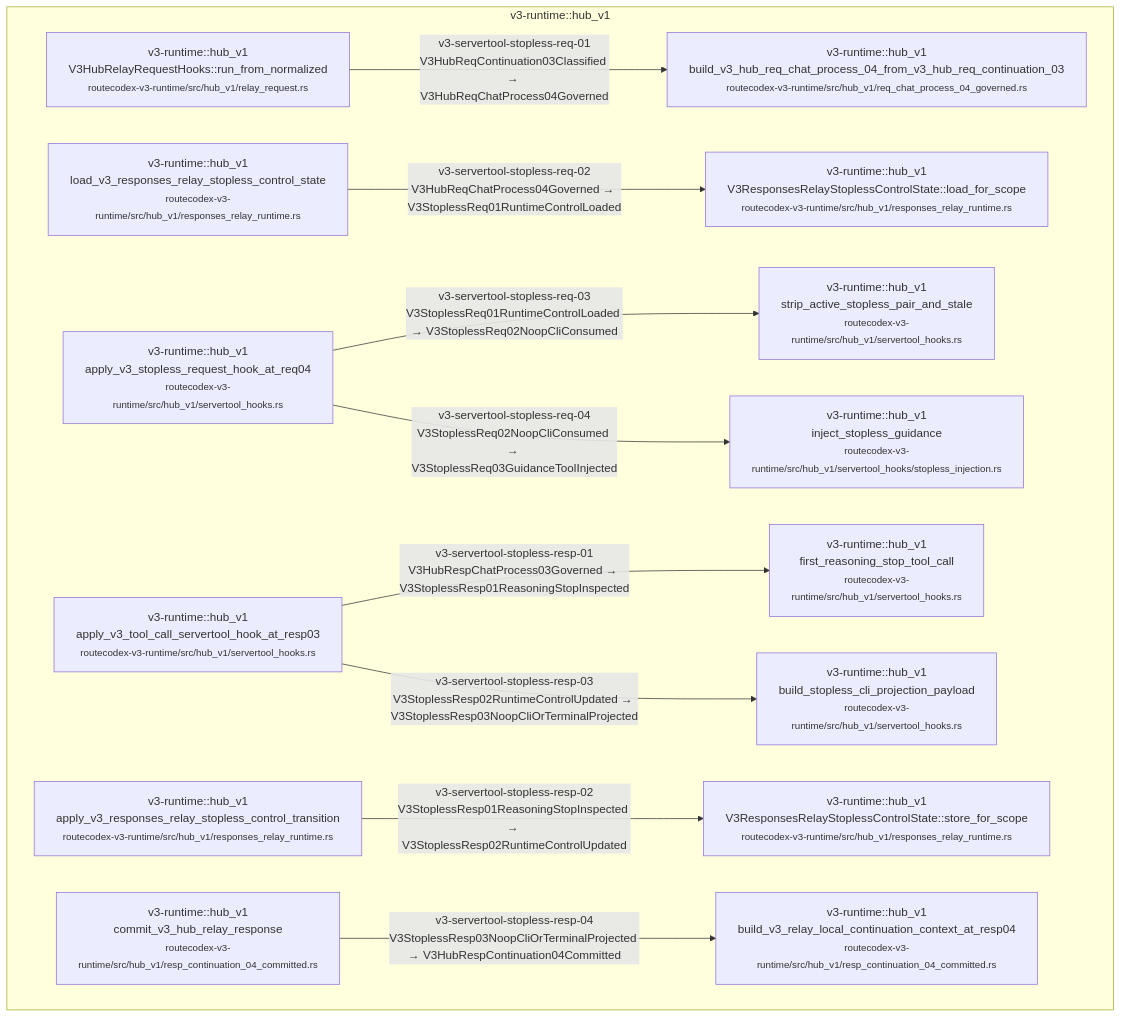
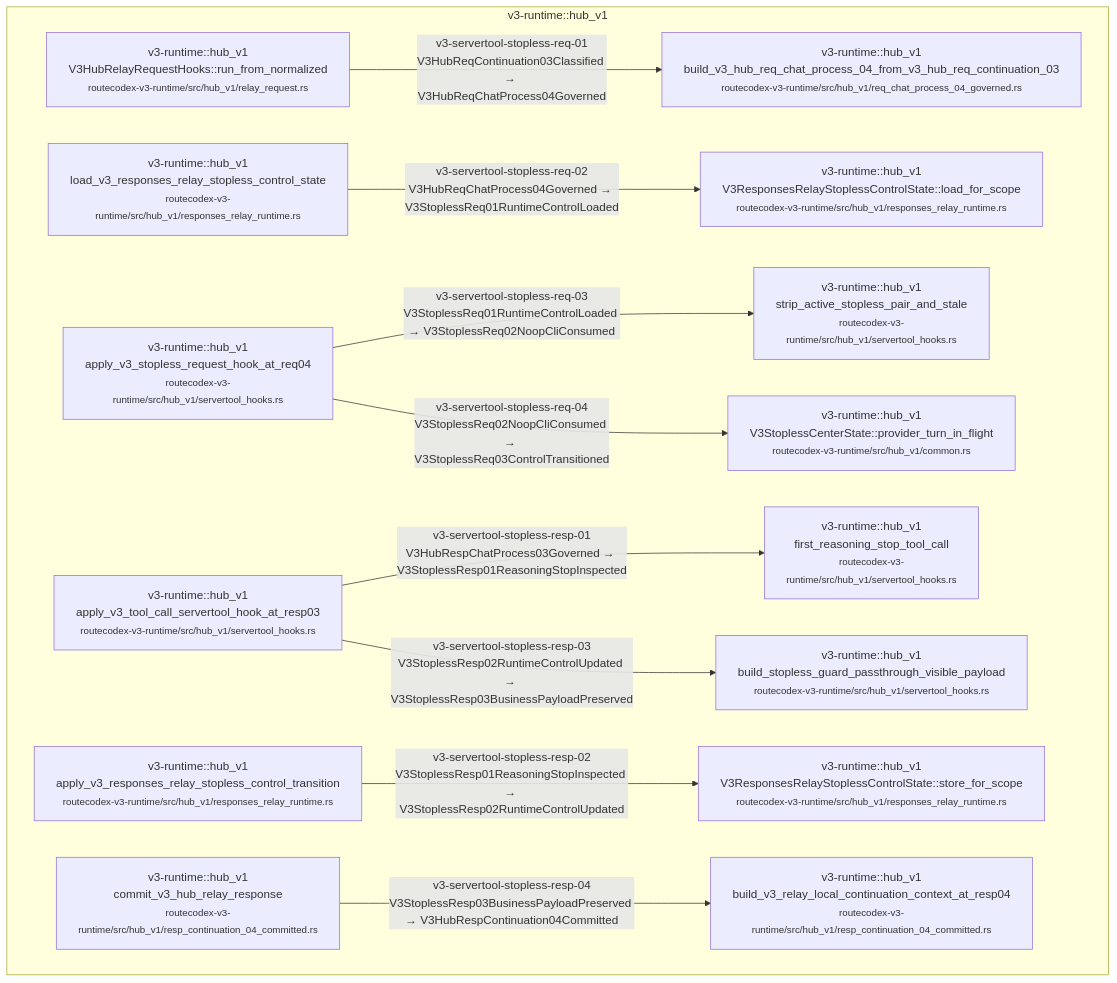
Before and after one commit to Jasonzhangf/routecodex: diagram 37 of 52 in docs/architecture/wiki/v3-mainline-caller-flow.md, drawn with Mermaid. The commit also changed other lines of this file and 83 other files, not shown here.

Commit message:
fix(v3): lock outbound projection and stopless control

````diff
--- a/docs/architecture/wiki/v3-mainline-caller-flow.md
+++ b/docs/architecture/wiki/v3-mainline-caller-flow.md
@@ -1506,27 +1514,27 @@
 ```mermaid
 flowchart TD
   subgraph c_35_v3_servertool_hook_skeleton_lifecycle_m_v3_runtime__hub_v1["v3-runtime::hub_v1"]
     c_35_v3_servertool_hook_skeleton_lifecycle_0["v3-runtime::hub_v1<br/>V3HubRelayRequestHooks::run_from_normalized<br/><small>routecodex-v3-runtime/src/hub_v1/relay_request.rs</small>"]
     c_35_v3_servertool_hook_skeleton_lifecycle_1["v3-runtime::hub_v1<br/>build_v3_hub_req_chat_process_04_from_v3_hub_req_continuation_03<br/><small>routecodex-v3-runtime/src/hub_v1/req_chat_process_04_governed.rs</small>"]
     c_35_v3_servertool_hook_skeleton_lifecycle_2["v3-runtime::hub_v1<br/>load_v3_responses_relay_stopless_control_state<br/><small>routecodex-v3-runtime/src/hub_v1/responses_relay_runtime.rs</small>"]
     c_35_v3_servertool_hook_skeleton_lifecycle_3["v3-runtime::hub_v1<br/>V3ResponsesRelayStoplessControlState::load_for_scope<br/><small>routecodex-v3-runtime/src/hub_v1/responses_relay_runtime.rs</small>"]
     c_35_v3_servertool_hook_skeleton_lifecycle_4["v3-runtime::hub_v1<br/>apply_v3_stopless_request_hook_at_req04<br/><small>routecodex-v3-runtime/src/hub_v1/servertool_hooks.rs</small>"]
     c_35_v3_servertool_hook_skeleton_lifecycle_5["v3-runtime::hub_v1<br/>strip_active_stopless_pair_and_stale<br/><small>routecodex-v3-runtime/src/hub_v1/servertool_hooks.rs</small>"]
-    c_35_v3_servertool_hook_skeleton_lifecycle_6["v3-runtime::hub_v1<br/>inject_stopless_guidance<br/><small>routecodex-v3-runtime/src/hub_v1/servertool_hooks/stopless_injection.rs</small>"]
+    c_35_v3_servertool_hook_skeleton_lifecycle_6["v3-runtime::hub_v1<br/>V3StoplessCenterState::provider_turn_in_flight<br/><small>routecodex-v3-runtime/src/hub_v1/common.rs</small>"]
     c_35_v3_servertool_hook_skeleton_lifecycle_7["v3-runtime::hub_v1<br/>apply_v3_tool_call_servertool_hook_at_resp03<br/><small>routecodex-v3-runtime/src/hub_v1/servertool_hooks.rs</small>"]
     c_35_v3_servertool_hook_skeleton_lifecycle_8["v3-runtime::hub_v1<br/>first_reasoning_stop_tool_call<br/><small>routecodex-v3-runtime/src/hub_v1/servertool_hooks.rs</small>"]
     c_35_v3_servertool_hook_skeleton_lifecycle_9["v3-runtime::hub_v1<br/>apply_v3_responses_relay_stopless_control_transition<br/><small>routecodex-v3-runtime/src/hub_v1/responses_relay_runtime.rs</small>"]
     c_35_v3_servertool_hook_skeleton_lifecycle_10["v3-runtime::hub_v1<br/>V3ResponsesRelayStoplessControlState::store_for_scope<br/><small>routecodex-v3-runtime/src/hub_v1/responses_relay_runtime.rs</small>"]
-    c_35_v3_servertool_hook_skeleton_lifecycle_11["v3-runtime::hub_v1<br/>build_stopless_cli_projection_payload<br/><small>routecodex-v3-runtime/src/hub_v1/servertool_hooks.rs</small>"]
+    c_35_v3_servertool_hook_skeleton_lifecycle_11["v3-runtime::hub_v1<br/>build_stopless_guard_passthrough_visible_payload<br/><small>routecodex-v3-runtime/src/hub_v1/servertool_hooks.rs</small>"]
     c_35_v3_servertool_hook_skeleton_lifecycle_12["v3-runtime::hub_v1<br/>commit_v3_hub_relay_response<br/><small>routecodex-v3-runtime/src/hub_v1/resp_continuation_04_committed.rs</small>"]
     c_35_v3_servertool_hook_skeleton_lifecycle_13["v3-runtime::hub_v1<br/>build_v3_relay_local_continuation_context_at_resp04<br/><small>routecodex-v3-runtime/src/hub_v1/resp_continuation_04_committed.rs</small>"]
   end
   c_35_v3_servertool_hook_skeleton_lifecycle_0 -->|v3-servertool-stopless-req-01<br/>V3HubReqContinuation03Classified → V3HubReqChatProcess04Governed| c_35_v3_servertool_hook_skeleton_lifecycle_1
   c_35_v3_servertool_hook_skeleton_lifecycle_2 -->|v3-servertool-stopless-req-02<br/>V3HubReqChatProcess04Governed → V3StoplessReq01RuntimeControlLoaded| c_35_v3_servertool_hook_skeleton_lifecycle_3
   c_35_v3_servertool_hook_skeleton_lifecycle_4 -->|v3-servertool-stopless-req-03<br/>V3StoplessReq01RuntimeControlLoaded → V3StoplessReq02NoopCliConsumed| c_35_v3_servertool_hook_skeleton_lifecycle_5
-  c_35_v3_servertool_hook_skeleton_lifecycle_4 -->|v3-servertool-stopless-req-04<br/>V3StoplessReq02NoopCliConsumed → V3StoplessReq03GuidanceToolInjected| c_35_v3_servertool_hook_skeleton_lifecycle_6
+  c_35_v3_servertool_hook_skeleton_lifecycle_4 -->|v3-servertool-stopless-req-04<br/>V3StoplessReq02NoopCliConsumed → V3StoplessReq03ControlTransitioned| c_35_v3_servertool_hook_skeleton_lifecycle_6
   c_35_v3_servertool_hook_skeleton_lifecycle_7 -->|v3-servertool-stopless-resp-01<br/>V3HubRespChatProcess03Governed → V3StoplessResp01ReasoningStopInspected| c_35_v3_servertool_hook_skeleton_lifecycle_8
   c_35_v3_servertool_hook_skeleton_lifecycle_9 -->|v3-servertool-stopless-resp-02<br/>V3StoplessResp01ReasoningStopInspected → V3StoplessResp02RuntimeControlUpdated| c_35_v3_servertool_hook_skeleton_lifecycle_10
-  c_35_v3_servertool_hook_skeleton_lifecycle_7 -->|v3-servertool-stopless-resp-03<br/>V3StoplessResp02RuntimeControlUpdated → V3StoplessResp03NoopCliOrTerminalProjected| c_35_v3_servertool_hook_skeleton_lifecycle_11
-  c_35_v3_servertool_hook_skeleton_lifecycle_12 -->|v3-servertool-stopless-resp-04<br/>V3StoplessResp03NoopCliOrTerminalProjected → V3HubRespContinuation04Committed| c_35_v3_servertool_hook_skeleton_lifecycle_13
+  c_35_v3_servertool_hook_skeleton_lifecycle_7 -->|v3-servertool-stopless-resp-03<br/>V3StoplessResp02RuntimeControlUpdated → V3StoplessResp03BusinessPayloadPreserved| c_35_v3_servertool_hook_skeleton_lifecycle_11
+  c_35_v3_servertool_hook_skeleton_lifecycle_12 -->|v3-servertool-stopless-resp-04<br/>V3StoplessResp03BusinessPayloadPreserved → V3HubRespContinuation04Committed| c_35_v3_servertool_hook_skeleton_lifecycle_13
 ```
````
